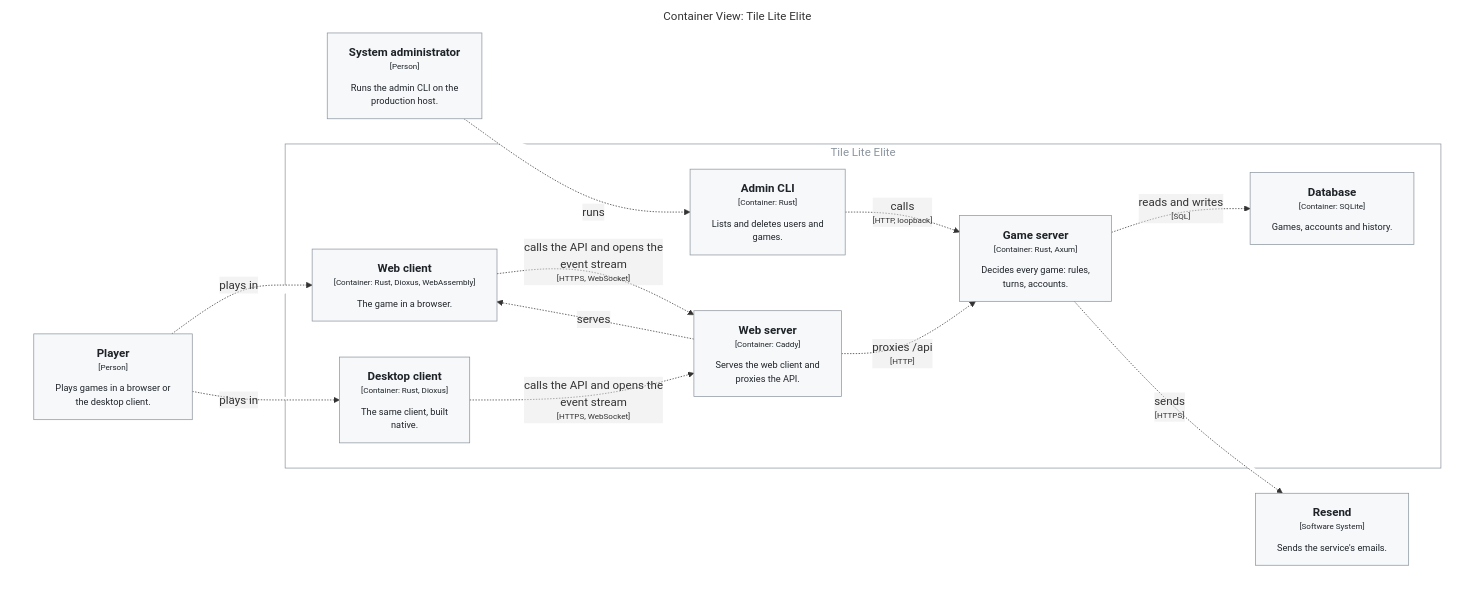
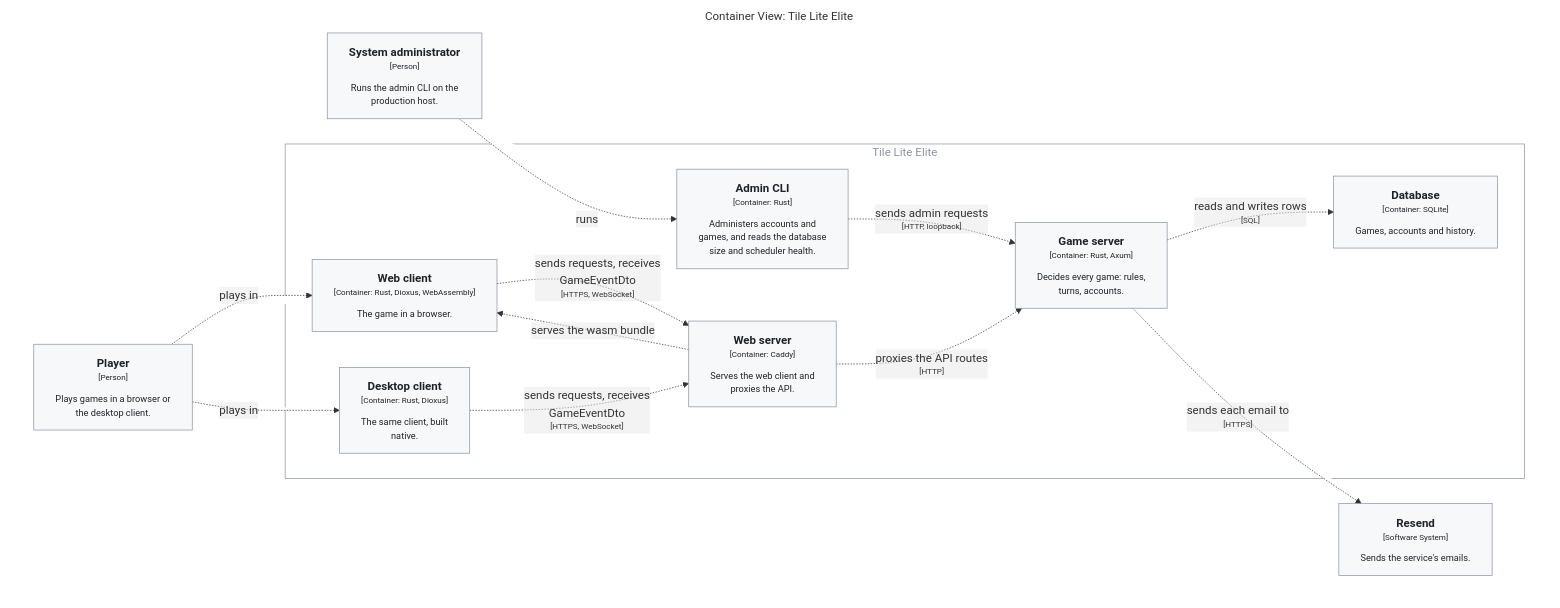
Before and after one commit to delphside/tile-lite-elite: the first of 5 diagrams in docs/4.2.0-design-map.md, drawn with Mermaid. The commit also changed other lines of this file and 5 other files, not shown here.

````diff
--- a/docs/4.2.0-design-map.md
+++ b/docs/4.2.0-design-map.md
@@ -12,44 +12,44 @@
 ```mermaid
 graph TB
   linkStyle default fill:#ffffff
 
   subgraph diagram ["Container View: Tile Lite Elite"]
     style diagram fill:#ffffff,stroke:#ffffff
 
     1["<div style='font-weight: bold'>Player</div><div style='font-size: 70%; margin-top: 0px'>[Person]</div><div style='font-size: 80%; margin-top:10px'>Plays games in a browser or<br />the desktop client.</div>"]
     style 1 fill:#f6f8fa,stroke:#8c959f,color:#1f2328
     2["<div style='font-weight: bold'>System administrator</div><div style='font-size: 70%; margin-top: 0px'>[Person]</div><div style='font-size: 80%; margin-top:10px'>Runs the admin CLI on the<br />production host.</div>"]
     style 2 fill:#f6f8fa,stroke:#8c959f,color:#1f2328
     3["<div style='font-weight: bold'>Resend</div><div style='font-size: 70%; margin-top: 0px'>[Software System]</div><div style='font-size: 80%; margin-top:10px'>Sends the service's emails.</div>"]
     style 3 fill:#f6f8fa,stroke:#8c959f,color:#1f2328
 
     subgraph 4 ["Tile Lite Elite"]
       style 4 fill:#ffffff,stroke:#8c959f,color:#8c959f
 
       27["<div style='font-weight: bold'>Database</div><div style='font-size: 70%; margin-top: 0px'>[Container: SQLite]</div><div style='font-size: 80%; margin-top:10px'>Games, accounts and history.</div>"]
       style 27 fill:#f6f8fa,stroke:#8c959f,color:#1f2328
       5["<div style='font-weight: bold'>Web client</div><div style='font-size: 70%; margin-top: 0px'>[Container: Rust, Dioxus, WebAssembly]</div><div style='font-size: 80%; margin-top:10px'>The game in a browser.</div>"]
       style 5 fill:#f6f8fa,stroke:#8c959f,color:#1f2328
       6["<div style='font-weight: bold'>Desktop client</div><div style='font-size: 70%; margin-top: 0px'>[Container: Rust, Dioxus]</div><div style='font-size: 80%; margin-top:10px'>The same client, built<br />native.</div>"]
       style 6 fill:#f6f8fa,stroke:#8c959f,color:#1f2328
       7["<div style='font-weight: bold'>Web server</div><div style='font-size: 70%; margin-top: 0px'>[Container: Caddy]</div><div style='font-size: 80%; margin-top:10px'>Serves the web client and<br />proxies the API.</div>"]
       style 7 fill:#f6f8fa,stroke:#8c959f,color:#1f2328
-      8["<div style='font-weight: bold'>Admin CLI</div><div style='font-size: 70%; margin-top: 0px'>[Container: Rust]</div><div style='font-size: 80%; margin-top:10px'>Lists and deletes users and<br />games.</div>"]
+      8["<div style='font-weight: bold'>Admin CLI</div><div style='font-size: 70%; margin-top: 0px'>[Container: Rust]</div><div style='font-size: 80%; margin-top:10px'>Administers accounts and<br />games, and reads the database<br />size and scheduler health.</div>"]
       style 8 fill:#f6f8fa,stroke:#8c959f,color:#1f2328
       9["<div style='font-weight: bold'>Game server</div><div style='font-size: 70%; margin-top: 0px'>[Container: Rust, Axum]</div><div style='font-size: 80%; margin-top:10px'>Decides every game: rules,<br />turns, accounts.</div>"]
       style 9 fill:#f6f8fa,stroke:#8c959f,color:#1f2328
     end
 
     1-. "<div>plays in</div><div style='font-size: 70%'></div>" .->5
     1-. "<div>plays in</div><div style='font-size: 70%'></div>" .->6
     2-. "<div>runs</div><div style='font-size: 70%'></div>" .->8
-    7-. "<div>serves</div><div style='font-size: 70%'></div>" .->5
-    5-. "<div>calls the API and opens the<br />event stream</div><div style='font-size: 70%'>[HTTPS, WebSocket]</div>" .->7
-    6-. "<div>calls the API and opens the<br />event stream</div><div style='font-size: 70%'>[HTTPS, WebSocket]</div>" .->7
-    7-. "<div>proxies /api</div><div style='font-size: 70%'>[HTTP]</div>" .->9
-    8-. "<div>calls</div><div style='font-size: 70%'>[HTTP, loopback]</div>" .->9
-    9-. "<div>reads and writes</div><div style='font-size: 70%'>[SQL]</div>" .->27
-    9-. "<div>sends</div><div style='font-size: 70%'>[HTTPS]</div>" .->3
+    7-. "<div>serves the wasm bundle</div><div style='font-size: 70%'></div>" .->5
+    5-. "<div>sends requests, receives<br />GameEventDto</div><div style='font-size: 70%'>[HTTPS, WebSocket]</div>" .->7
+    6-. "<div>sends requests, receives<br />GameEventDto</div><div style='font-size: 70%'>[HTTPS, WebSocket]</div>" .->7
+    7-. "<div>proxies the API routes</div><div style='font-size: 70%'>[HTTP]</div>" .->9
+    8-. "<div>sends admin requests</div><div style='font-size: 70%'>[HTTP, loopback]</div>" .->9
+    9-. "<div>reads and writes rows</div><div style='font-size: 70%'>[SQL]</div>" .->27
+    9-. "<div>sends each email to</div><div style='font-size: 70%'>[HTTPS]</div>" .->3
 
   end
 ```
````
